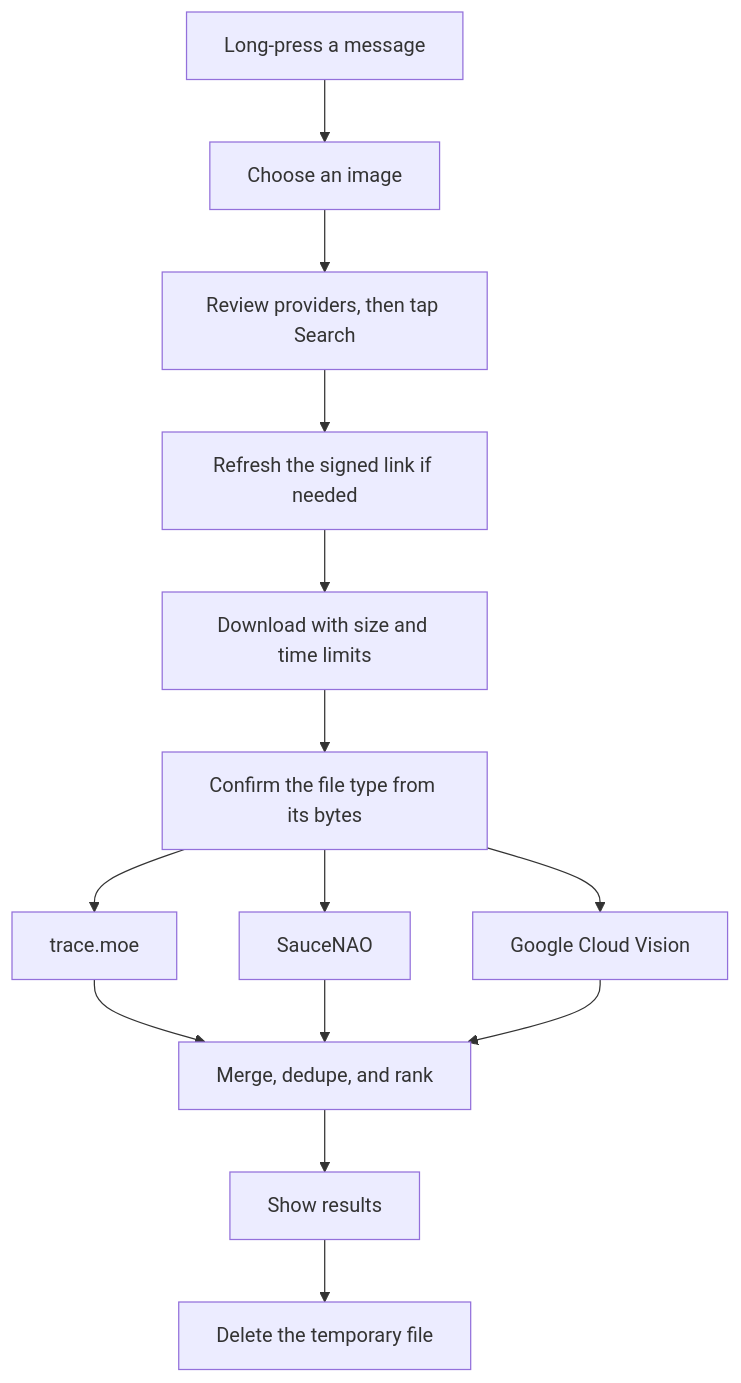
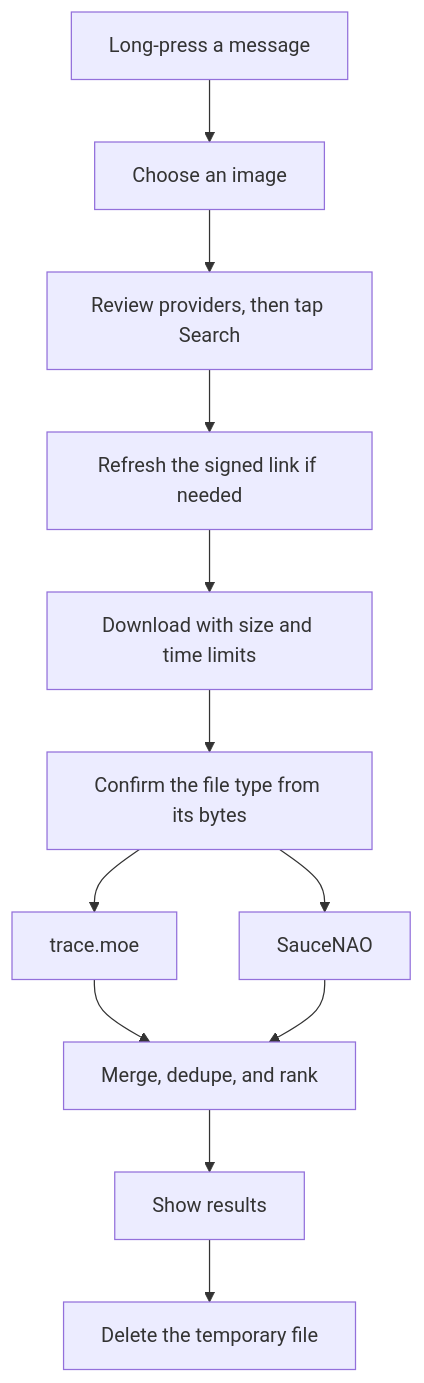
Before and after one commit to quiet-falcon/lo-reverse-img-search-plugin: the diagram in README.md, drawn with Mermaid. The commit also changed other lines of this file and 21 other files, not shown here.

````diff
--- a/README.md
+++ b/README.md
@@ -94,16 +82,14 @@
 ```mermaid
 flowchart TD
     A[Long-press a message] --> B[Choose an image]
     B --> C[Review providers, then tap Search]
     C --> D[Refresh the signed link if needed]
     D --> E[Download with size and time limits]
     E --> F[Confirm the file type from its bytes]
     F --> G[trace.moe]
     F --> H[SauceNAO]
-    F --> I[Google Cloud Vision]
     G --> J[Merge, dedupe, and rank]
     H --> J
-    I --> J
     J --> K[Show results]
     K --> L[Delete the temporary file]
 ```
````
